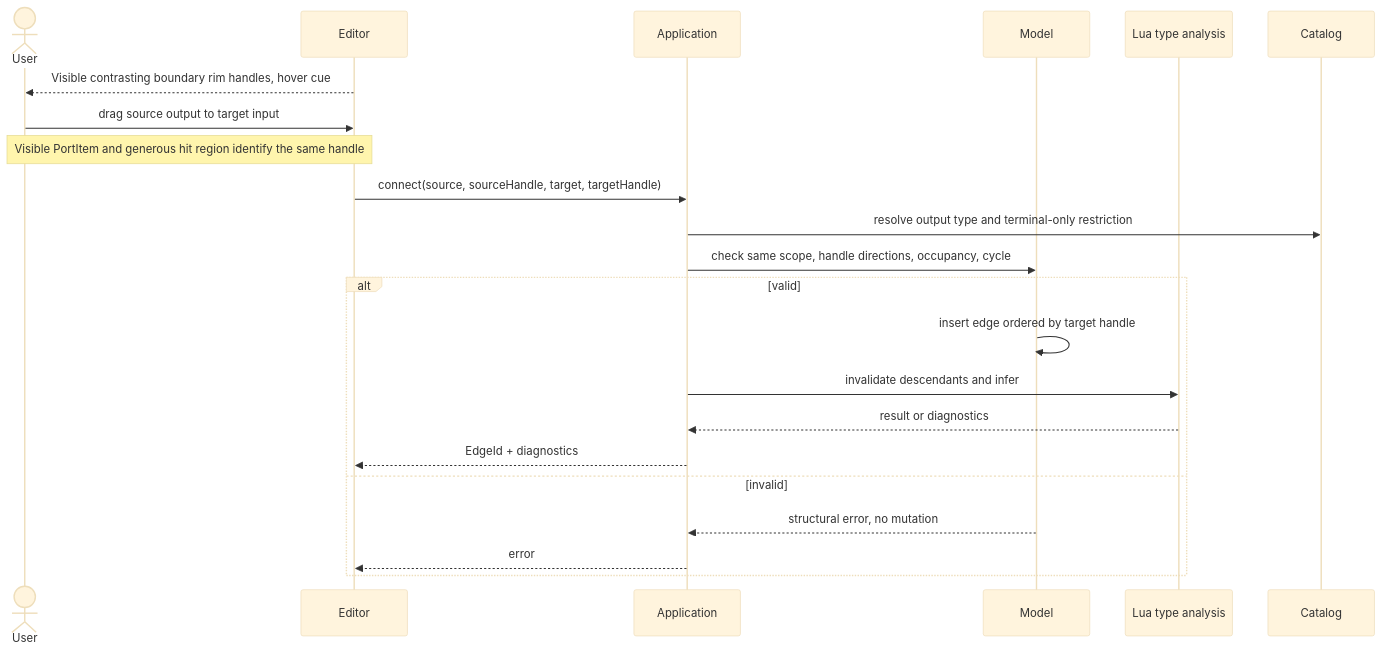
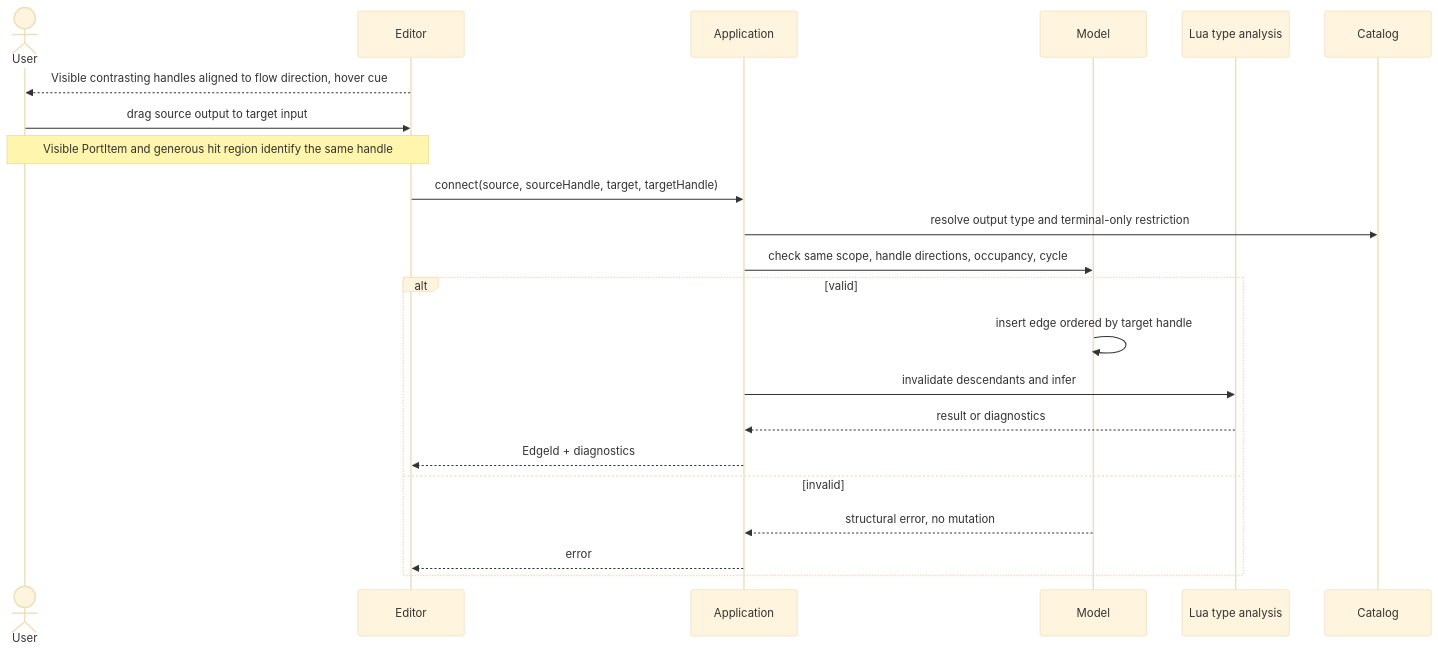
Before and after one commit to LucaSforza/nnmodelling-ui: the third of 11 diagrams in docs/knowledge/uml/sequences.md, drawn with Mermaid (base theme). The commit also changed other lines of this file and 3 other files, not shown here.

Commit message:
docs: define directed graph arrangement and fit

````diff
--- a/docs/knowledge/uml/sequences.md
+++ b/docs/knowledge/uml/sequences.md
@@ -53,23 +53,23 @@
 ```mermaid
 sequenceDiagram
     actor User
     participant Editor
     participant App as Application
     participant Model
     participant Types as Lua type analysis
-    Editor-->>User: Visible contrasting boundary rim handles, hover cue
+    Editor-->>User: Visible contrasting handles aligned to flow direction, hover cue
     User->>Editor: drag source output to target input
     Note over User,Editor: Visible PortItem and generous hit region identify the same handle
     Editor->>App: connect(source, sourceHandle, target, targetHandle)
     App->>Catalog: resolve output type and terminal-only restriction
     App->>Model: check same scope, handle directions, occupancy, cycle
     alt valid
       Model->>Model: insert edge ordered by target handle
       App->>Types: invalidate descendants and infer
       Types-->>App: result or diagnostics
       App-->>Editor: EdgeId + diagnostics
     else invalid
       Model-->>App: structural error, no mutation
       App-->>Editor: error
     end
 ```
````
